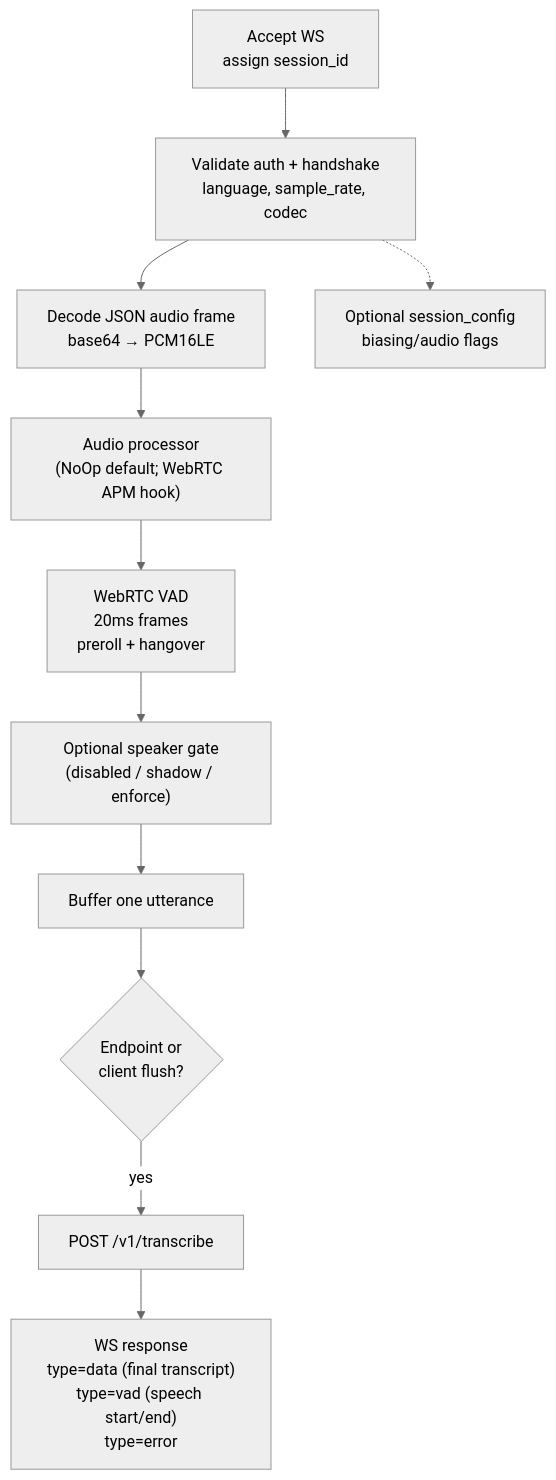
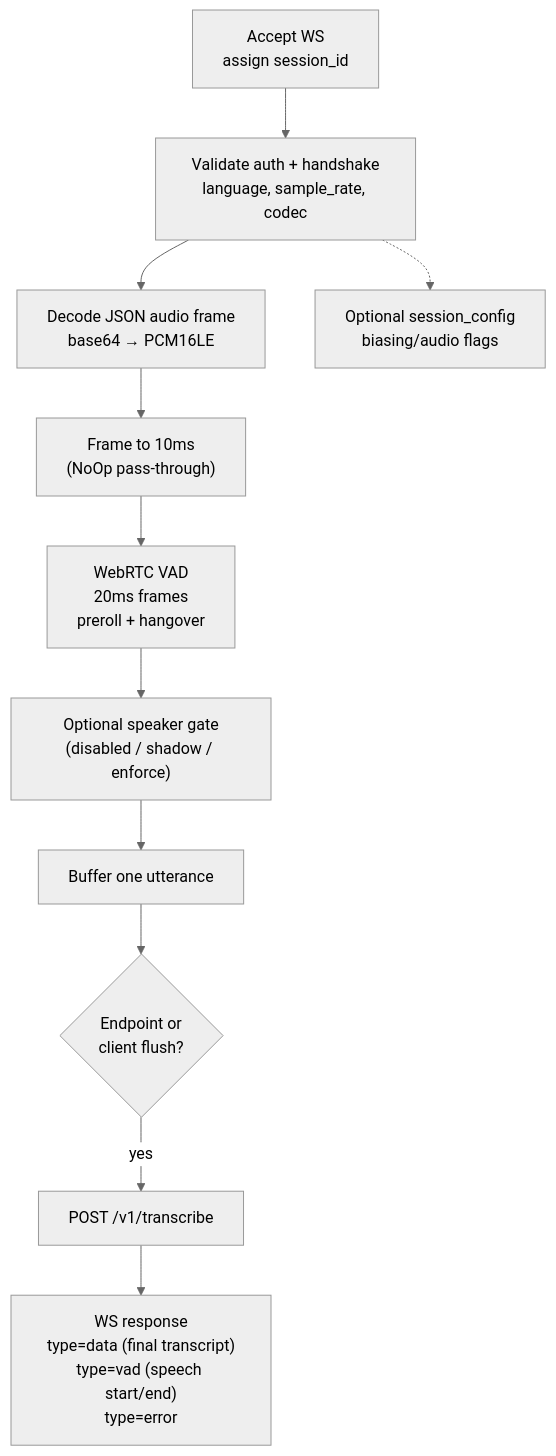
One commit to Aditya2600/CredResolve_Production_grade_Streaming_ASR changed the second of 7 diagrams in docs/project_architecture_deepdive.md. Above: the diagram before and after it, drawn with Mermaid (neutral theme). The commit also changed other lines of this file and 155 other files, not shown here.

````diff
--- a/docs/project_architecture_deepdive.md
+++ b/docs/project_architecture_deepdive.md
@@ -74,13 +74,13 @@
 ```mermaid
 flowchart TD
     Accept["Accept WS<br/>assign session_id"] --> Validate["Validate auth + handshake<br/>language, sample_rate, codec"]
     Validate --> Decode["Decode JSON audio frame<br/>base64 → PCM16LE"]
     Validate -.-> Session["Optional session_config<br/>biasing/audio flags"]
-    Decode --> APM["Audio processor<br/>(NoOp default; WebRTC APM hook)"]
-    APM --> VAD["WebRTC VAD<br/>20ms frames<br/>preroll + hangover"]
+    Decode --> Frame["Frame to 10ms<br/>(NoOp pass-through)"]
+    Frame --> VAD["WebRTC VAD<br/>20ms frames<br/>preroll + hangover"]
     VAD --> Speaker["Optional speaker gate<br/>(disabled / shadow / enforce)"]
     Speaker --> Buffer["Buffer one utterance"]
     Buffer --> Flush{"Endpoint or<br/>client flush?"}
     Flush -->|yes| WorkerCall["POST /v1/transcribe"]
     WorkerCall --> Emit["WS response<br/>type=data (final transcript)<br/>type=vad (speech start/end)<br/>type=error"]
 ```
````
